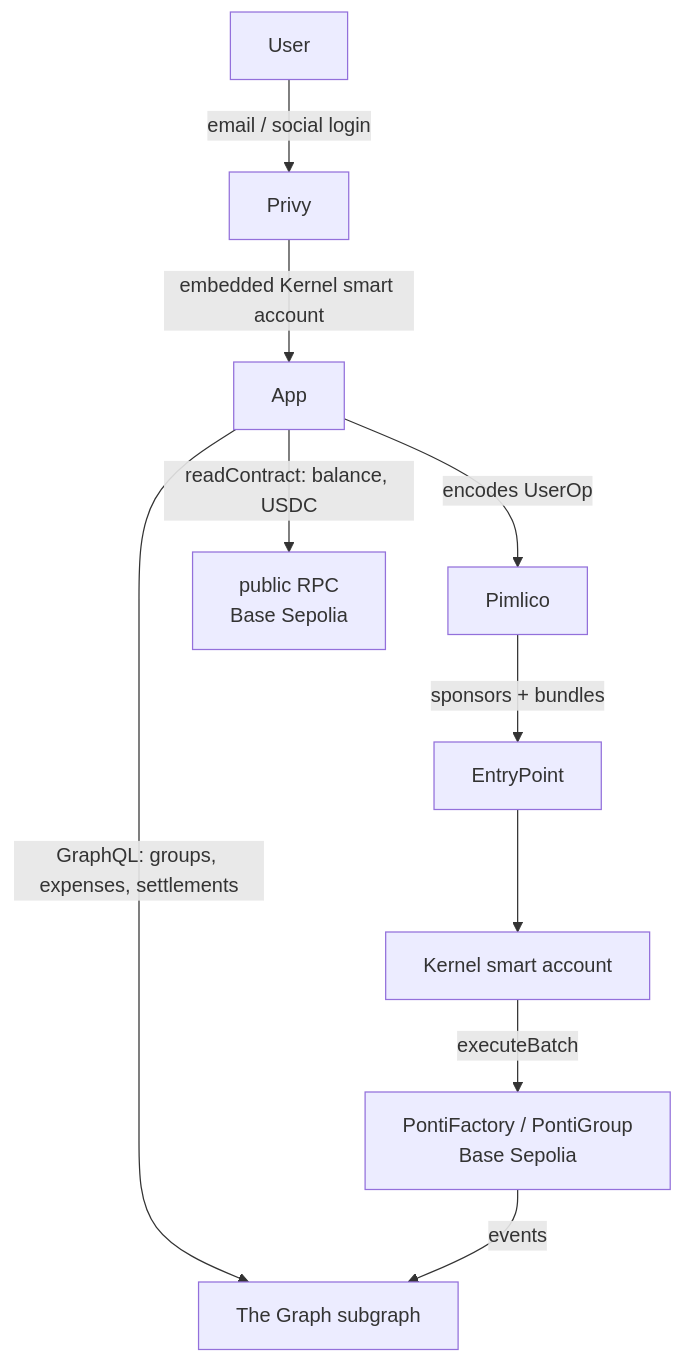
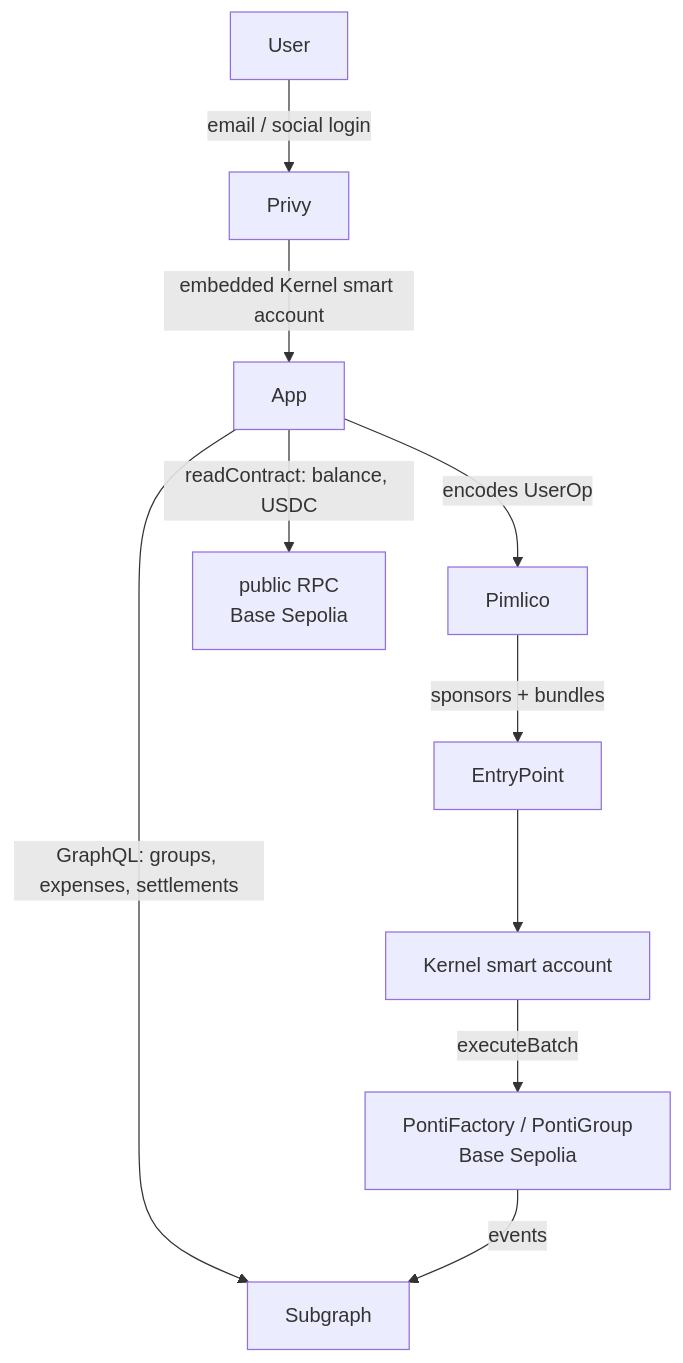
Before and after one commit to aliersh/ponti: the diagram in README.md, drawn with Mermaid. The commit also changed other lines of this file and 1 other file, not shown here.

````diff
--- a/README.md
+++ b/README.md
@@ -31,12 +34,12 @@
 ```mermaid
 graph TD
   User -->|email / social login| Privy
   Privy -->|embedded Kernel smart account| App
   App -->|encodes UserOp| Pimlico
   Pimlico -->|sponsors + bundles| EntryPoint
   EntryPoint --> KernelAccount[Kernel smart account]
   KernelAccount -->|executeBatch| Contracts["PontiFactory / PontiGroup<br/>Base Sepolia"]
-  App -->|GraphQL: groups, expenses, settlements| Subgraph[The Graph subgraph]
+  App -->|GraphQL: groups, expenses, settlements| Subgraph[Subgraph]
   App -->|readContract: balance, USDC| RPC["public RPC<br/>Base Sepolia"]
   Contracts -->|events| Subgraph
 ```
````
